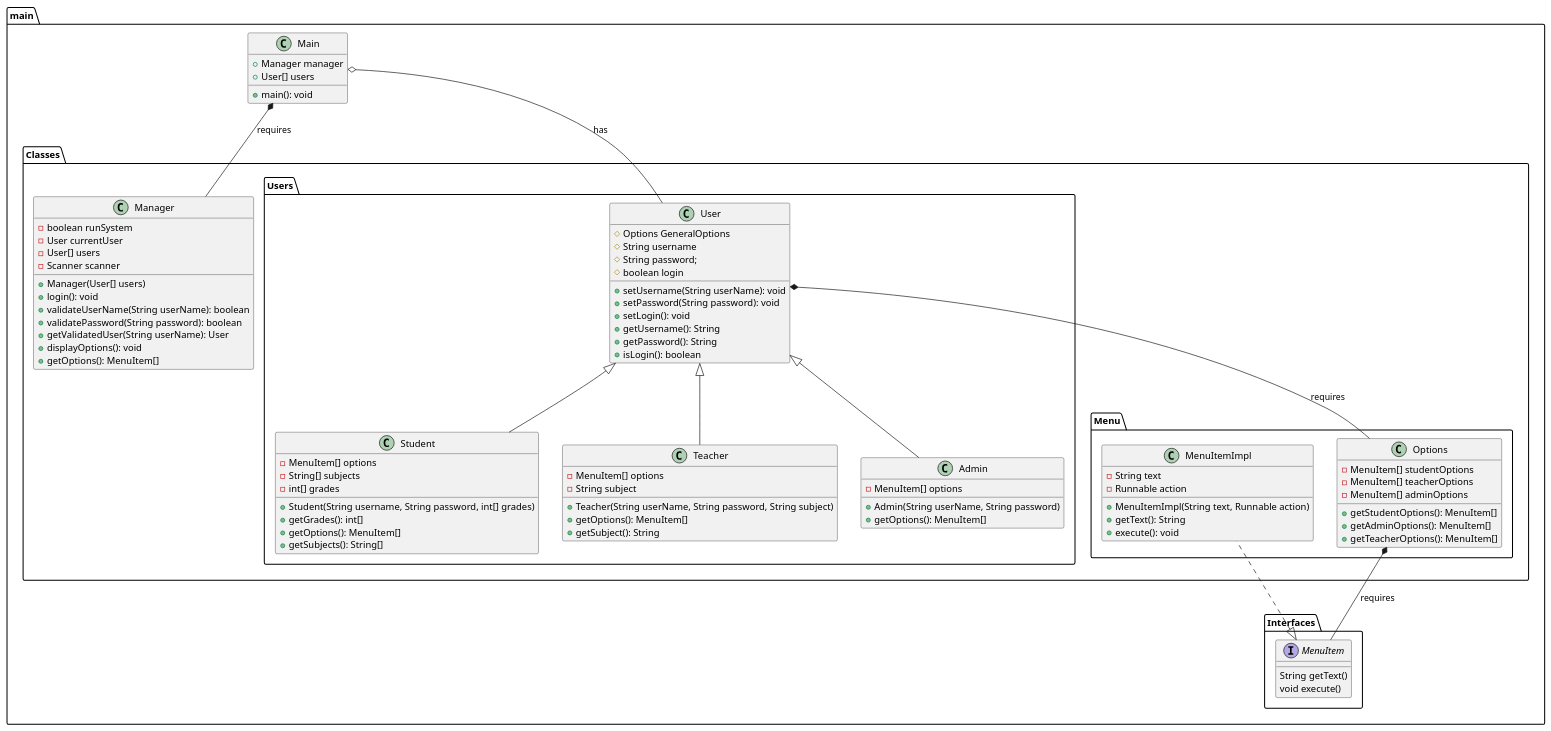
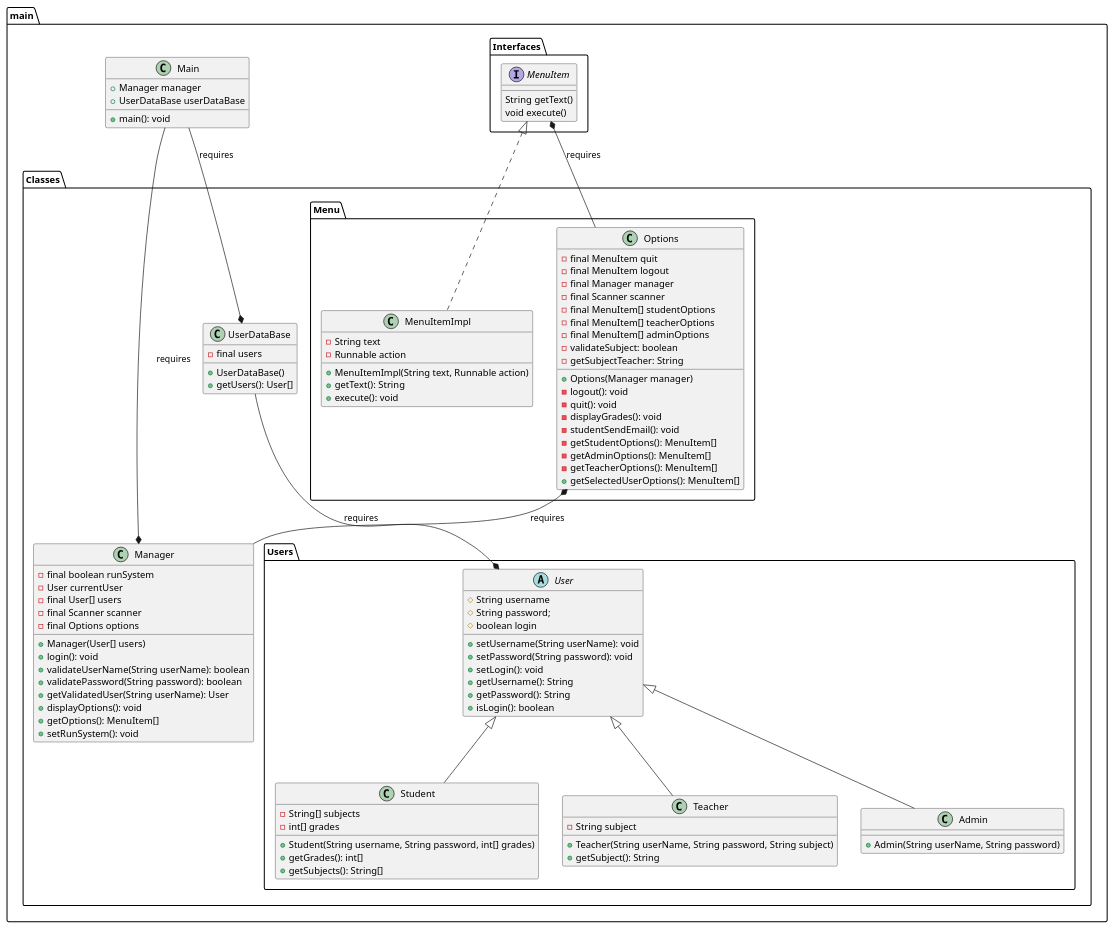
One commit to mmasias/progra2-22-23 changed the diagram in ejercicios/entregas/javierCader/EX002UserManagement/docs/Documentation.puml. Above: the diagram before and after it, drawn with PlantUML. The commit also changed 8 other files, not shown here.

```diff
--- a/ejercicios/entregas/javierCader/EX002UserManagement/docs/Documentation.puml
+++ b/ejercicios/entregas/javierCader/EX002UserManagement/docs/Documentation.puml
@@ -1,90 +1,105 @@
 @startuml
 folder main {
     class Main {
         +Manager manager
-        +User[] users
+        +UserDataBase userDataBase
         +main(): void
     }
     package Interfaces {
         interface MenuItem {
             String getText()
             void execute()
         }
     }
     package Classes {
         package Menu {
             class Options {
-                -MenuItem[] studentOptions
-                -MenuItem[] teacherOptions
-                -MenuItem[] adminOptions
-                +getStudentOptions(): MenuItem[]
-                +getAdminOptions(): MenuItem[]
-                +getTeacherOptions(): MenuItem[]
+                -final MenuItem quit
+                -final MenuItem logout
+                -final Manager manager
+                -final Scanner scanner
+                -final MenuItem[] studentOptions
+                -final MenuItem[] teacherOptions
+                -final MenuItem[] adminOptions
+                +Options(Manager manager)
+                -logout(): void
+                -quit(): void
+                -displayGrades(): void
+                -studentSendEmail(): void
+                -validateSubject: boolean
+                -getSubjectTeacher: String
+                -getStudentOptions(): MenuItem[]
+                -getAdminOptions(): MenuItem[]
+                -getTeacherOptions(): MenuItem[]
+                +getSelectedUserOptions(): MenuItem[]
             }
             class MenuItemImpl implements main.Interfaces.MenuItem {
                 -String text
                 -Runnable action
                 +MenuItemImpl(String text, Runnable action)
                 +getText(): String
                 +execute(): void
             }
         }
         package Users {
-            class User {
-                #Options GeneralOptions
+            abstract class User {
                 #String username
                 #String password;
                 #boolean login
                 +setUsername(String userName): void
                 +setPassword(String password): void
                 +setLogin(): void
                 +getUsername(): String
                 +getPassword(): String
                 +isLogin(): boolean
             }
             class Student extends User {
-                -MenuItem[] options
                 -String[] subjects
                 -int[] grades
                 +Student(String username, String password, int[] grades)
                 +getGrades(): int[]
-                +getOptions(): MenuItem[]
                 +getSubjects(): String[]
             }
             class Teacher extends User {
-                -MenuItem[] options
                 -String subject
                 +Teacher(String userName, String password, String subject)
-                +getOptions(): MenuItem[]
                 +getSubject(): String
             }
             class Admin extends User {
-                -MenuItem[] options
                 +Admin(String userName, String password)
-                +getOptions(): MenuItem[]
             }
         }
         class Manager {
-            -boolean runSystem
+            -final boolean runSystem
             -User currentUser
-            -User[] users
-            -Scanner scanner
+            -final User[] users
+            -final Scanner scanner
+            -final Options options
             +Manager(User[] users)
             +login(): void
             +validateUserName(String userName): boolean
             +validatePassword(String password): boolean
             +getValidatedUser(String userName): User
             +displayOptions(): void
             +getOptions(): MenuItem[]
+            +setRunSystem(): void
         }
+        class UserDataBase {
+            -final users
+            +UserDataBase()
+            +getUsers(): User[]
+        }
+
+
     }
-    Main *--  Manager : requires
-    Main o--  User : has
-    User *--  Options : requires
-    Options *--  main.Interfaces.MenuItem : requires
+    Main --*  Manager : requires
+    Main --*  UserDataBase : requires
+    UserDataBase --*  User : requires
+    Options *--  Manager : requires
+    Options --*  main.Interfaces.MenuItem : requires
 
 
 
 }
 
 @enduml
```
